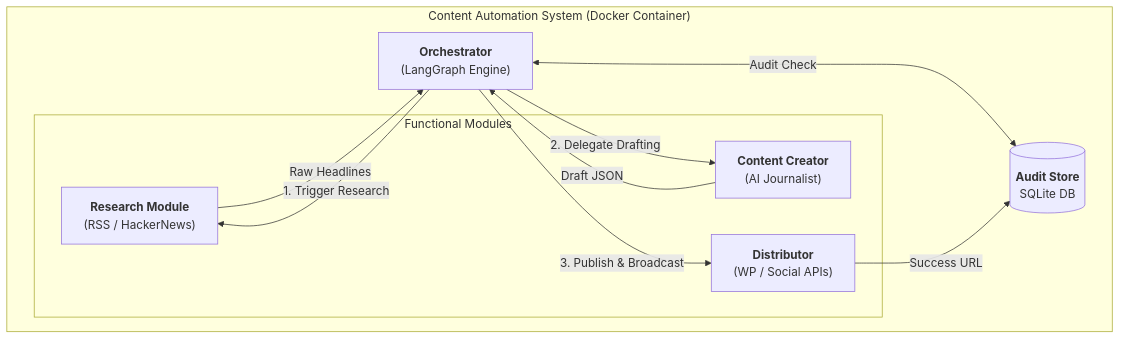
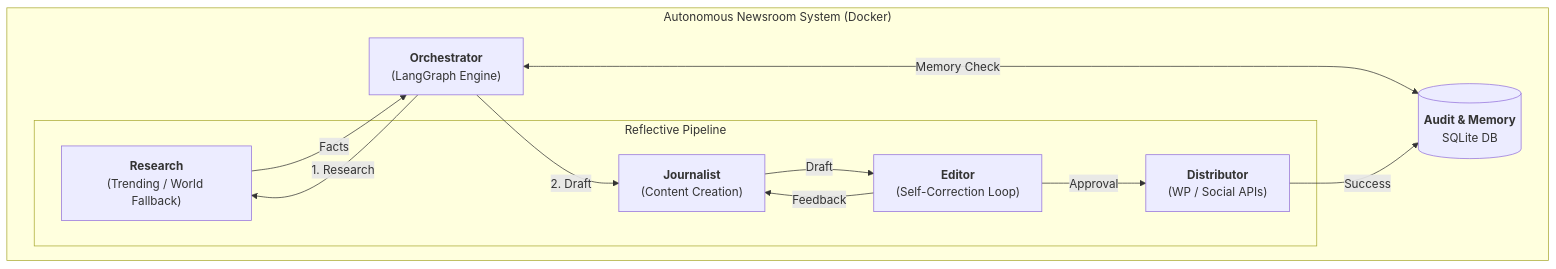
The second of 2 diagrams in docs/architecture.md (hahuint/Content-Automation-Agent), drawn with Mermaid before and after one commit. The commit also changed other lines of this file and 9 other files, not shown here.

````diff
--- a/docs/architecture.md
+++ b/docs/architecture.md
@@ -36,22 +36,24 @@
 ```mermaid
 graph TD
-    subgraph "Content Automation System (Docker Container)"
+    subgraph "Autonomous Newsroom System (Docker)"
         ORCH["<b>Orchestrator</b><br/>(LangGraph Engine)"]
-        DB[("<b>Audit Store</b><br/>SQLite DB")]
+        DB[("<b>Audit & Memory</b><br/>SQLite DB")]
         
-        subgraph "Functional Modules"
-            RESEARCH["<b>Research Module</b><br/>(RSS / HackerNews)"]
-            WRITER["<b>Content Creator</b><br/>(AI Journalist)"]
+        subgraph "Reflective Pipeline"
+            RESEARCH["<b>Research</b><br/>(Trending / World Fallback)"]
+            WRITER["<b>Journalist</b><br/>(Content Creation)"]
+            EDITOR["<b>Editor</b><br/>(Self-Correction Loop)"]
             DIST["<b>Distributor</b><br/>(WP / Social APIs)"]
         end
     end
 
     %% Flow
-    ORCH <-->|Audit Check| DB
-    ORCH -->|1. Trigger Research| RESEARCH
-    RESEARCH -->|Raw Headlines| ORCH
-    ORCH -->|2. Delegate Drafting| WRITER
-    WRITER -->|Draft JSON| ORCH
-    ORCH -->|3. Publish & Broadcast| DIST
-    DIST -->|Success URL| DB
+    ORCH <-->|Memory Check| DB
+    ORCH -->|1. Research| RESEARCH
+    RESEARCH -->|Facts| ORCH
+    ORCH -->|2. Draft| WRITER
+    WRITER -->|Draft| EDITOR
+    EDITOR -->|Feedback| WRITER
+    EDITOR -->|Approval| DIST
+    DIST -->|Success| DB
 ```
````
